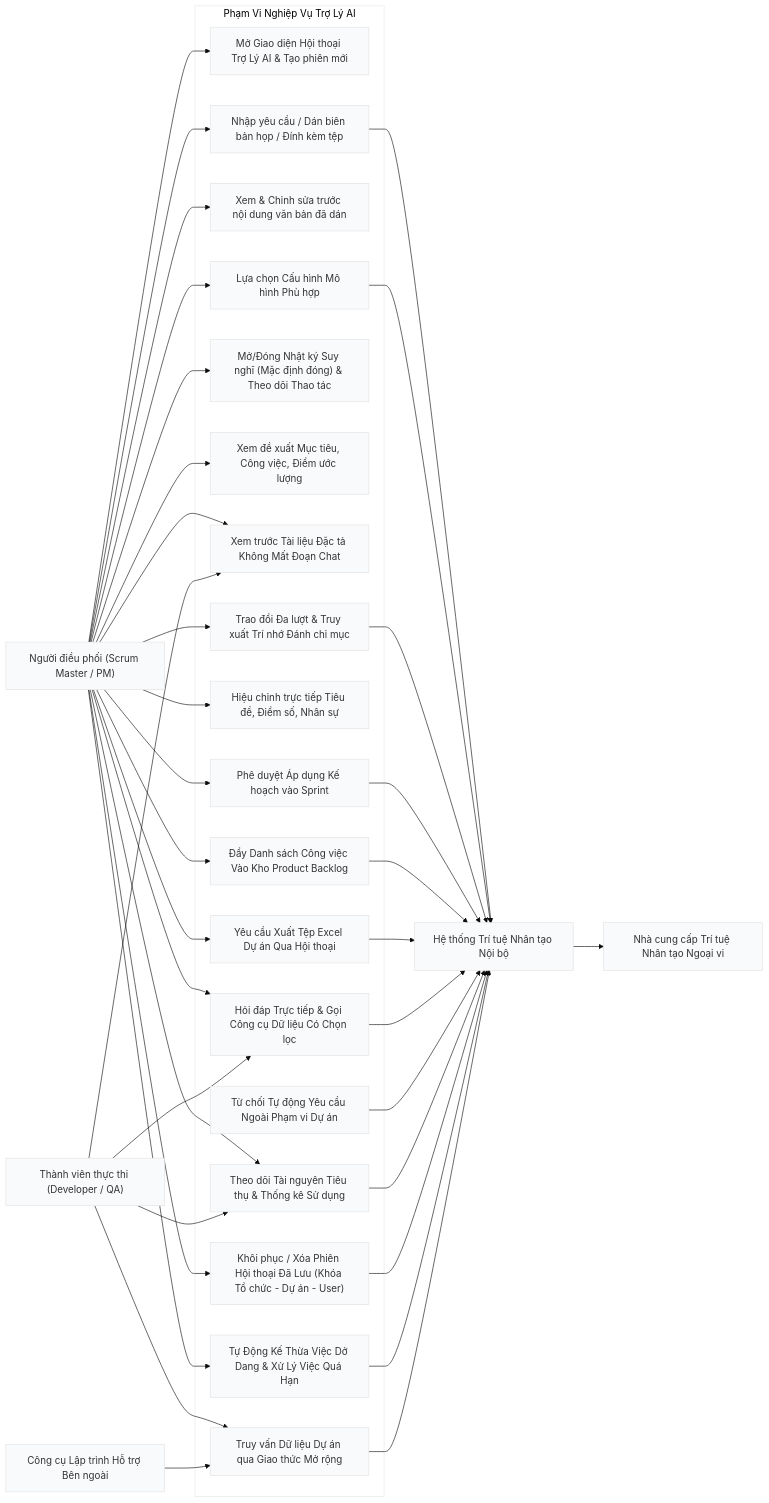
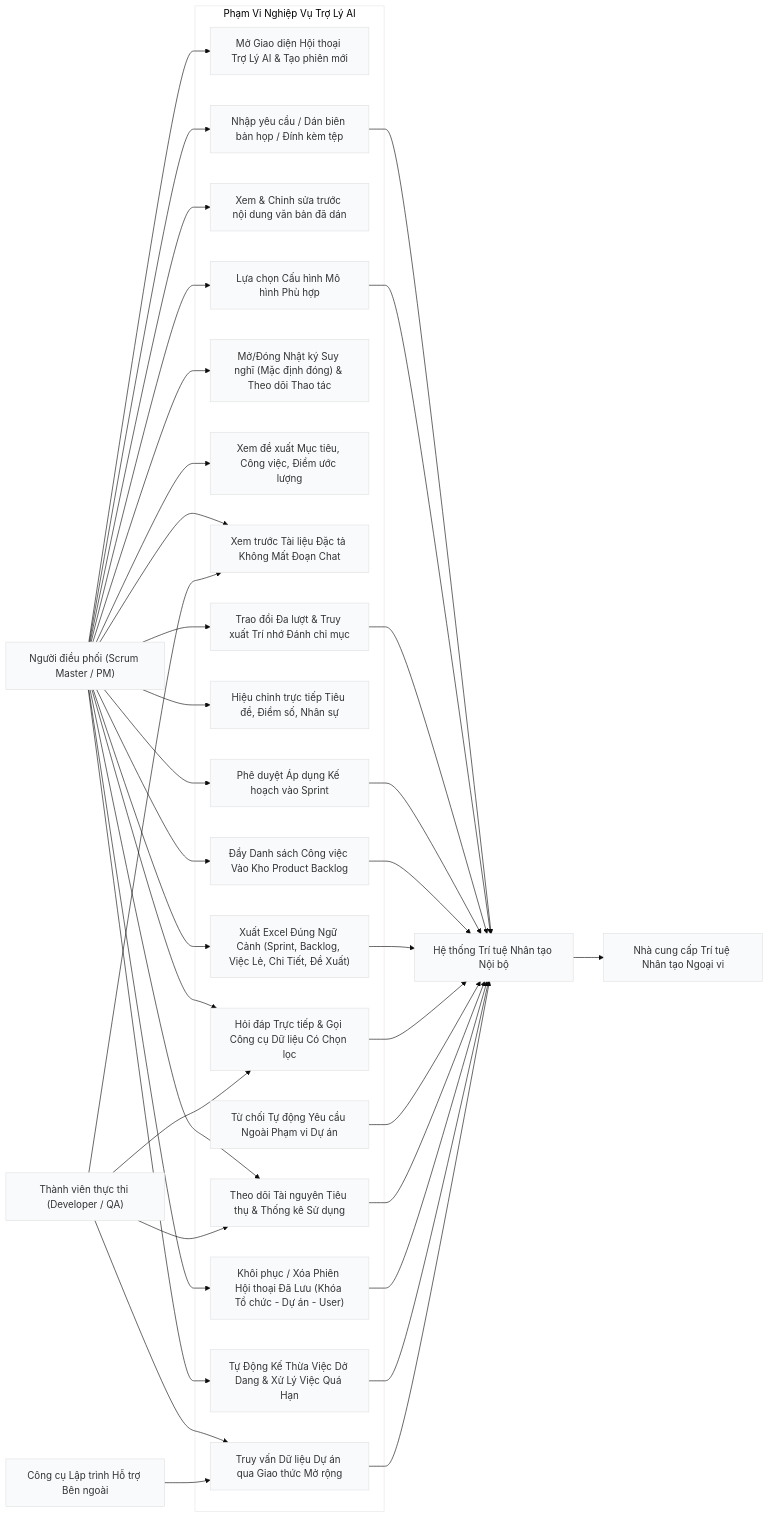
The second of 2 diagrams in docs/ai/01-kien-truc-tong-quan-va-use-case.md (TranHoang2k40525/ProjectMgmt), drawn with Mermaid before and after one commit. The commit also changed other lines of this file and 25 other files, not shown here.

Commit message:
feat(excel-export): phân giải thông minh phạm vi xuất Excel đa tình huống và chuẩn hóa bảng sạch ProjectMgmt

````diff
--- a/docs/ai/01-kien-truc-tong-quan-va-use-case.md
+++ b/docs/ai/01-kien-truc-tong-quan-va-use-case.md
@@ -110,67 +110,67 @@
 ```mermaid
 %%{init: {"theme": "base", "themeVariables": {"primaryColor": "#f8fafc", "edgeLabelBackground":"#ffffff"}}}%%
 flowchart LR
     SM["Người điều phối (Scrum Master / PM)"]
     DEV["Thành viên thực thi (Developer / QA)"]
     AI["Hệ thống Trí tuệ Nhân tạo Nội bộ"]
     EXT["Nhà cung cấp Trí tuệ Nhân tạo Ngoại vi"]
     EXT_AGENT["Công cụ Lập trình Hỗ trợ Bên ngoài"]
 
     subgraph UC["Phạm Vi Nghiệp Vụ Trợ Lý AI"]
         UC1["Mở Giao diện Hội thoại Trợ Lý AI & Tạo phiên mới"]
         UC2["Nhập yêu cầu / Dán biên bản họp / Đính kèm tệp"]
         UC3["Xem & Chỉnh sửa trước nội dung văn bản đã dán"]
         UC4["Lựa chọn Cấu hình Mô hình Phù hợp"]
         UC5["Mở/Đóng Nhật ký Suy nghĩ (Mặc định đóng) & Theo dõi Thao tác"]
         UC6["Xem đề xuất Mục tiêu, Công việc, Điểm ước lượng"]
         UC7["Xem trước Tài liệu Đặc tả Không Mất Đoạn Chat"]
         UC8["Trao đổi Đa lượt & Truy xuất Trí nhớ Đánh chỉ mục"]
         UC9["Hiệu chỉnh trực tiếp Tiêu đề, Điểm số, Nhân sự"]
         UC10["Phê duyệt Áp dụng Kế hoạch vào Sprint"]
         UC15["Đẩy Danh sách Công việc Vào Kho Product Backlog"]
-        UC16["Yêu cầu Xuất Tệp Excel Dự án Qua Hội thoại"]
+        UC16["Xuất Excel Đúng Ngữ Cảnh (Sprint, Backlog, Việc Lẻ, Chi Tiết, Đề Xuất)"]
         UC17["Hỏi đáp Trực tiếp & Gọi Công cụ Dữ liệu Có Chọn lọc"]
         UC18["Từ chối Tự động Yêu cầu Ngoài Phạm vi Dự án"]
         UC11["Truy vấn Dữ liệu Dự án qua Giao thức Mở rộng"]
         UC12["Theo dõi Tài nguyên Tiêu thụ & Thống kê Sử dụng"]
         UC13["Khôi phục / Xóa Phiên Hội thoại Đã Lưu (Khóa Tổ chức - Dự án - User)"]
         UC14["Tự Động Kế Thừa Việc Dở Dang & Xử Lý Việc Quá Hạn"]
     end
 
     SM --> UC1
     SM --> UC2
     SM --> UC3
     SM --> UC4
     SM --> UC5
     SM --> UC6
     SM --> UC7
     SM --> UC8
     SM --> UC9
     SM --> UC10
     SM --> UC15
     SM --> UC16
     SM --> UC17
     SM --> UC12
     SM --> UC13
     SM --> UC14
 
     DEV --> UC7
     DEV --> UC11
     DEV --> UC12
     DEV --> UC17
 
     UC2 --> AI
     UC4 --> AI
     UC8 --> AI
     UC10 --> AI
     UC15 --> AI
     UC16 --> AI
     UC17 --> AI
     UC18 --> AI
     UC12 --> AI
     UC13 --> AI
     UC14 --> AI
     AI --> EXT
     EXT_AGENT --> UC11
     UC11 --> AI
 ```
````
